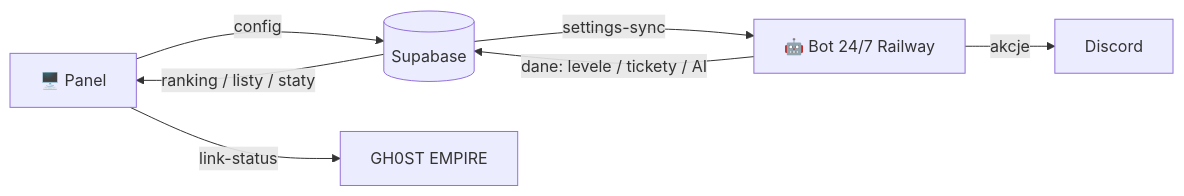
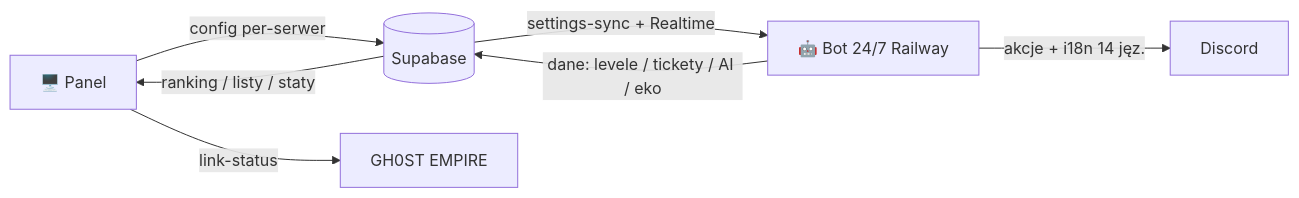
The second of 2 diagrams in docs/ROADMAP.md (Gh0s777tt/E-Bot), drawn with Mermaid before and after one commit. The commit also changed other lines of this file and 9 other files, not shown here.

First line of the commit message:
chore(docs): synchronizacja PHASES/ROADMAP/README do v0.222 + strażnik sync

````diff
--- a/docs/ROADMAP.md
+++ b/docs/ROADMAP.md
@@ -68,9 +65,9 @@
 ```mermaid
 flowchart LR
-  P[🖥️ Panel] -->|config| SB[(Supabase)]
-  SB -->|settings-sync| B[🤖 Bot 24/7 Railway]
-  B -->|dane: levele / tickety / AI| SB
+  P[🖥️ Panel] -->|config per-serwer| SB[(Supabase)]
+  SB -->|settings-sync + Realtime| B[🤖 Bot 24/7 Railway]
+  B -->|dane: levele / tickety / AI / eko| SB
   SB -->|ranking / listy / staty| P
-  B -->|akcje| DC[Discord]
+  B -->|akcje + i18n 14 jęz.| DC[Discord]
   P -->|link-status| GH[GH0ST EMPIRE]
 ```
````
